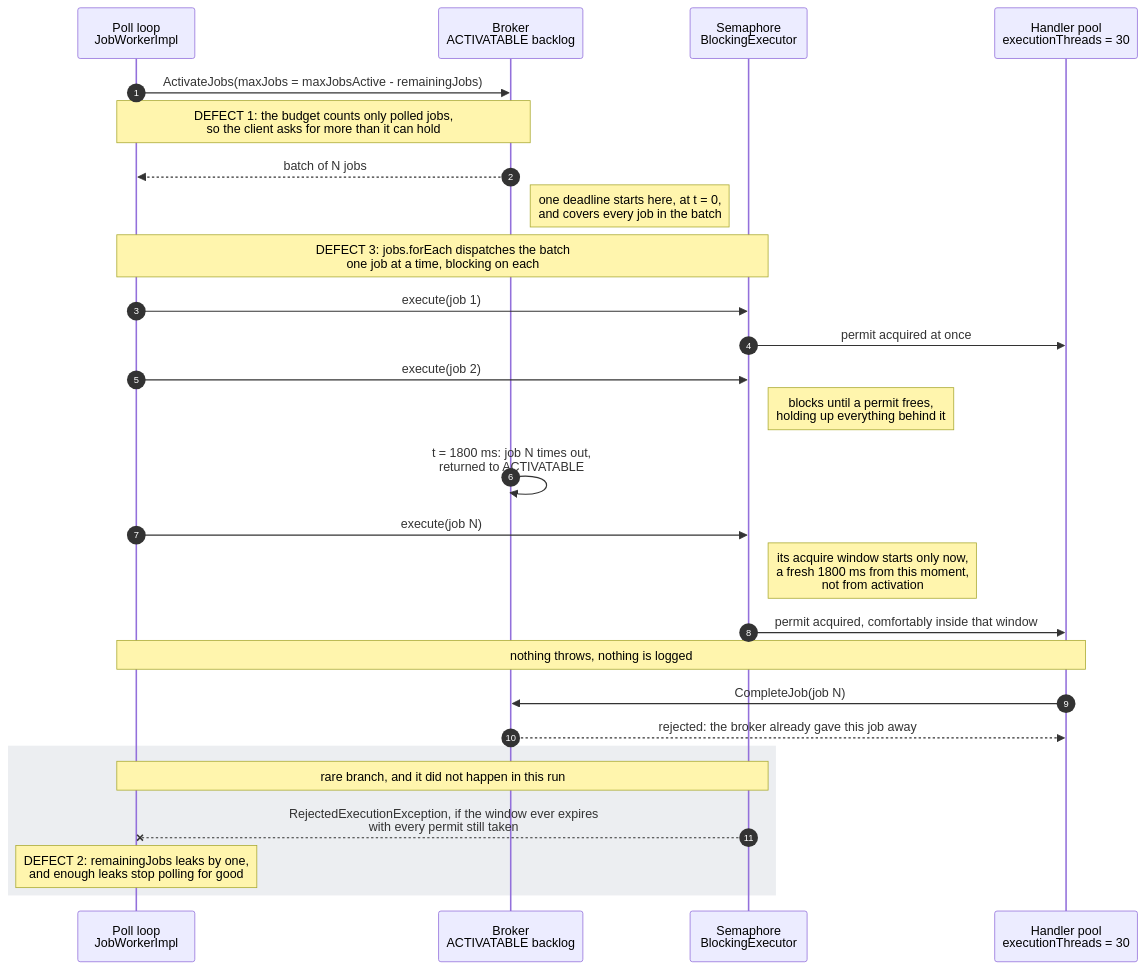
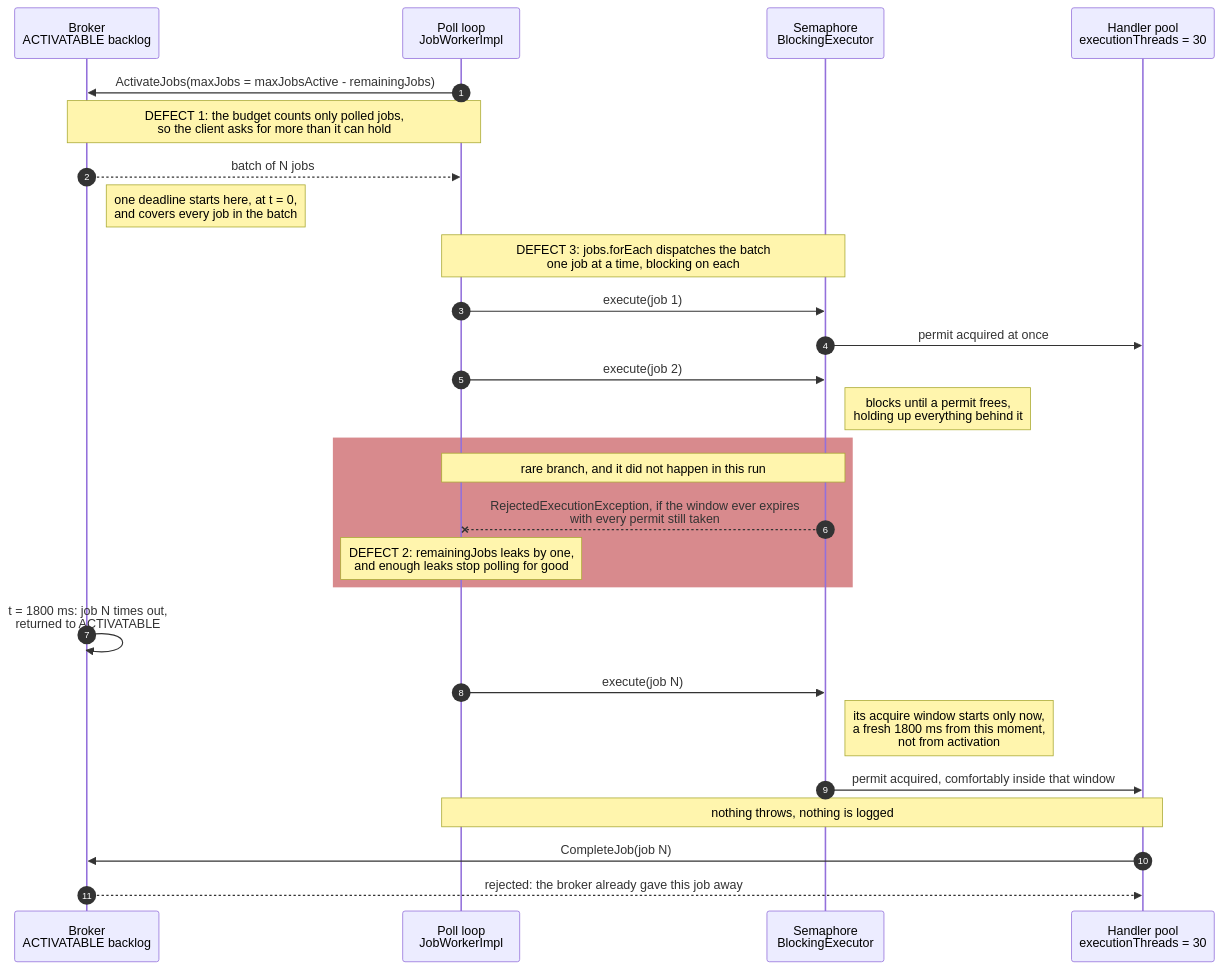
The first of 2 diagrams in chaos-days/blog/2026-08-06-worker-downtime-throughput-recovery/index.md (camunda/zeebe-chaos), drawn with Mermaid before and after one commit. The commit also changed other lines of this file, not shown here.

````diff
--- a/chaos-days/blog/2026-08-06-worker-downtime-throughput-recovery/index.md
+++ b/chaos-days/blog/2026-08-06-worker-downtime-throughput-recovery/index.md
@@ -217,33 +238,34 @@
 ```mermaid
 sequenceDiagram
     autonumber
+    participant B as Broker<br/>ACTIVATABLE backlog
     participant P as Poll loop<br/>JobWorkerImpl
-    participant B as Broker<br/>ACTIVATABLE backlog
     participant S as Semaphore<br/>BlockingExecutor
     participant H as Handler pool<br/>executionThreads = 30
 
     P->>B: ActivateJobs(maxJobs = maxJobsActive - remainingJobs)
     Note over P,B: DEFECT 1: the budget counts only polled jobs,<br/>so the client asks for more than it can hold
     B-->>P: batch of N jobs
     Note right of B: one deadline starts here, at t = 0,<br/>and covers every job in the batch
 
     Note over P,S: DEFECT 3: jobs.forEach dispatches the batch<br/>one job at a time, blocking on each
     P->>S: execute(job 1)
     S->>H: permit acquired at once
     P->>S: execute(job 2)
     Note right of S: blocks until a permit frees,<br/>holding up everything behind it
 
+    rect rgb(216, 138, 141)
+    Note over S,P: rare branch, and it did not happen in this run
+    S--xP: RejectedExecutionException, if the window ever expires<br/>with every permit still taken
+    Note over P: DEFECT 2: remainingJobs leaks by one,<br/>and enough leaks stop polling for good
+    end
+
     B->>B: t = 1800 ms: job N times out,<br/>returned to ACTIVATABLE
     P->>S: execute(job N)
     Note right of S: its acquire window starts only now,<br/>a fresh 1800 ms from this moment,<br/>not from activation
     S->>H: permit acquired, comfortably inside that window
     Note over P,H: nothing throws, nothing is logged
     H->>B: CompleteJob(job N)
     B-->>H: rejected: the broker already gave this job away
 
-    rect rgb(236, 238, 241)
-    Note over S,P: rare branch, and it did not happen in this run
-    S--xP: RejectedExecutionException, if the window ever expires<br/>with every permit still taken
-    Note over P: DEFECT 2: remainingJobs leaks by one,<br/>and enough leaks stop polling for good
-    end
 ```
````
